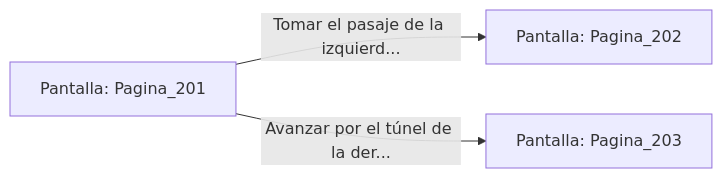
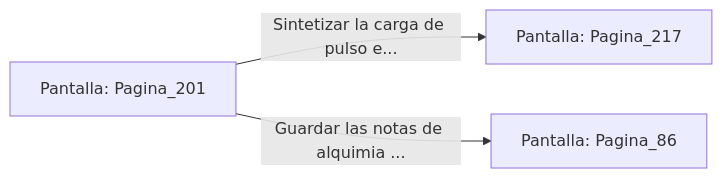
One commit to metsuke/mpl changed the diagram in sample/eligejuego-vault/Pantalla_Pagina_201.md. Above: the diagram before and after it, drawn with Mermaid. The commit also changed other lines of this file and 635 other files, not shown here.

First line of the commit message:
fix: añadir Pagina_1 como pantalla inicial en capitulo_01.mpl

````diff
--- a/sample/eligejuego-vault/Pantalla_Pagina_201.md
+++ b/sample/eligejuego-vault/Pantalla_Pagina_201.md
@@ -20,6 +24,6 @@
 ```mermaid
 graph LR
     P_Pagina_201["Pantalla: Pagina_201"]
-    P_Pagina_201 -->|"Tomar el pasaje de la izquierd..."| P_Pagina_202["Pantalla: Pagina_202"]
-    P_Pagina_201 -->|"Avanzar por el túnel de la der..."| P_Pagina_203["Pantalla: Pagina_203"]
+    P_Pagina_201 -->|"Sintetizar la carga de pulso e..."| P_Pagina_217["Pantalla: Pagina_217"]
+    P_Pagina_201 -->|"Guardar las notas de alquimia ..."| P_Pagina_86["Pantalla: Pagina_86"]
 ```
````
